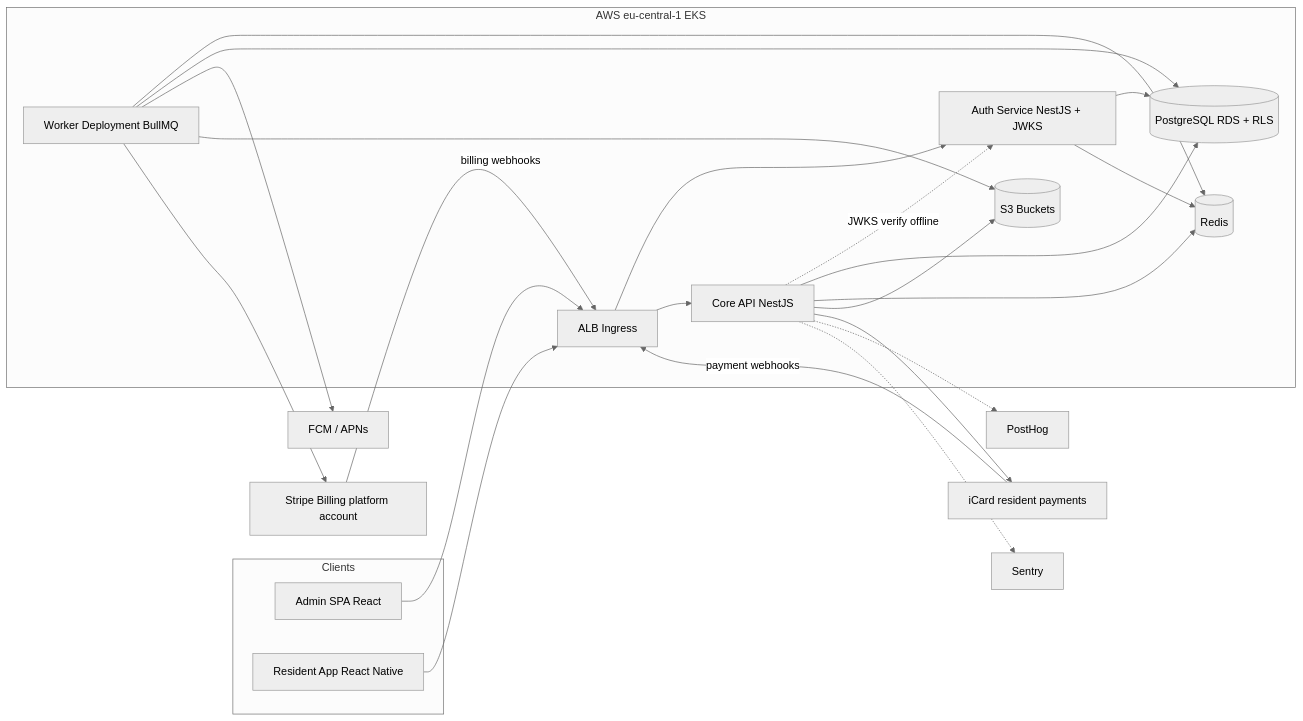
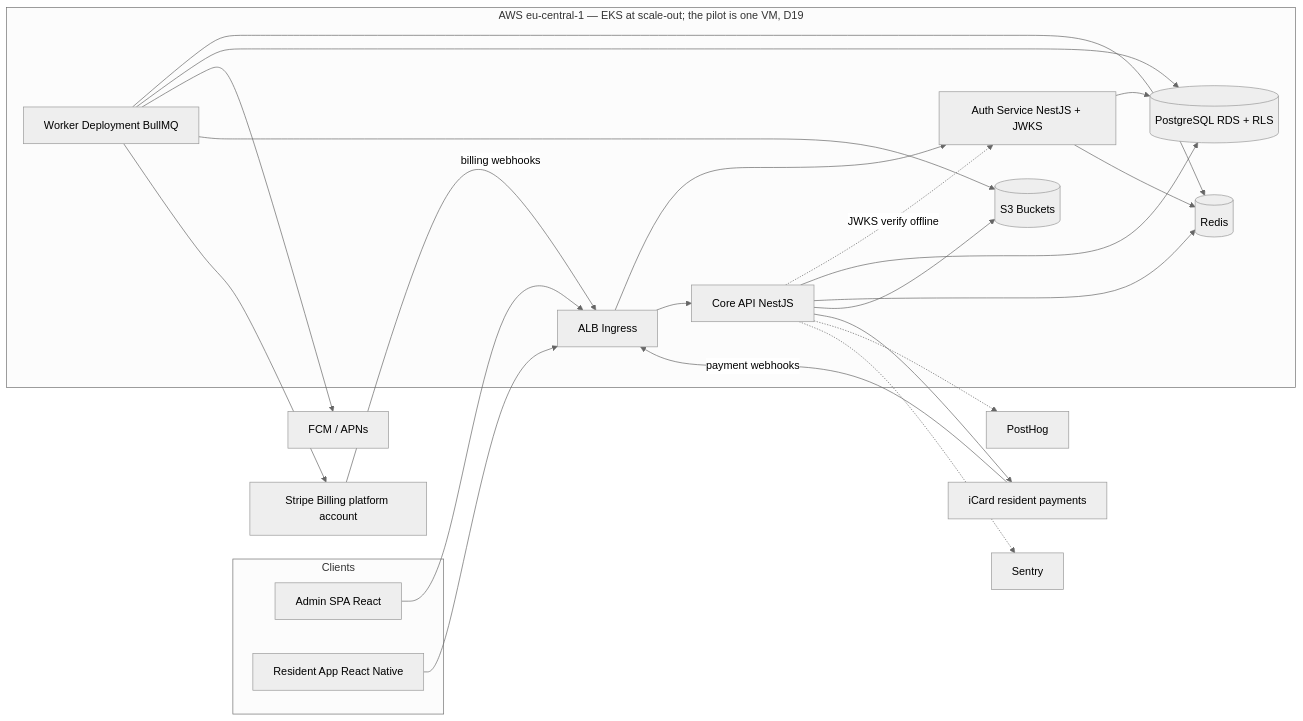
One commit to bsdimer/inova changed the diagram in docs/plan/system-design.md. Above: the diagram before and after it, drawn with Mermaid (neutral theme). The commit also changed other lines of this file and 14 other files, not shown here.

First line of the commit message:
docs(plan): second consistency pass — D23 scope in backlog, api and data-model; M7 carries bulk messages; tenant switcher out of M1/M2 goals; pilot vs scale-out in system-design and security

````diff
--- a/docs/plan/system-design.md
+++ b/docs/plan/system-design.md
@@ -43,42 +43,42 @@
 ```mermaid
 flowchart LR
   subgraph clients [Clients]
     AdminSPA[Admin SPA React]
     MobileApp[Resident App React Native]
   end
-  subgraph aws [AWS eu-central-1 EKS]
+  subgraph aws [AWS eu-central-1 — EKS at scale-out; the pilot is one VM, D19]
     ALB[ALB Ingress]
     Auth[Auth Service NestJS + JWKS]
     API[Core API NestJS]
     Worker[Worker Deployment BullMQ]
     Redis[(Redis)]
     PG[(PostgreSQL RDS + RLS)]
     S3[(S3 Buckets)]
   end
   ICard[iCard resident payments]
   StripeB[Stripe Billing platform account]
   FCM[FCM / APNs]
   PostHog[PostHog]
   Sentry[Sentry]
 
   AdminSPA --> ALB
   MobileApp --> ALB
   ALB --> Auth
   ALB --> API
   Auth --> PG
   Auth --> Redis
   API -.->|JWKS verify offline| Auth
   API --> PG
   API --> Redis
   Worker --> Redis
   Worker --> PG
   Worker --> FCM
   Worker --> S3
   API --> S3
   ICard -->|payment webhooks| ALB
   StripeB -->|billing webhooks| ALB
   API --> ICard
   Worker --> StripeB
   API -.-> PostHog
   API -.-> Sentry
 ```
````
